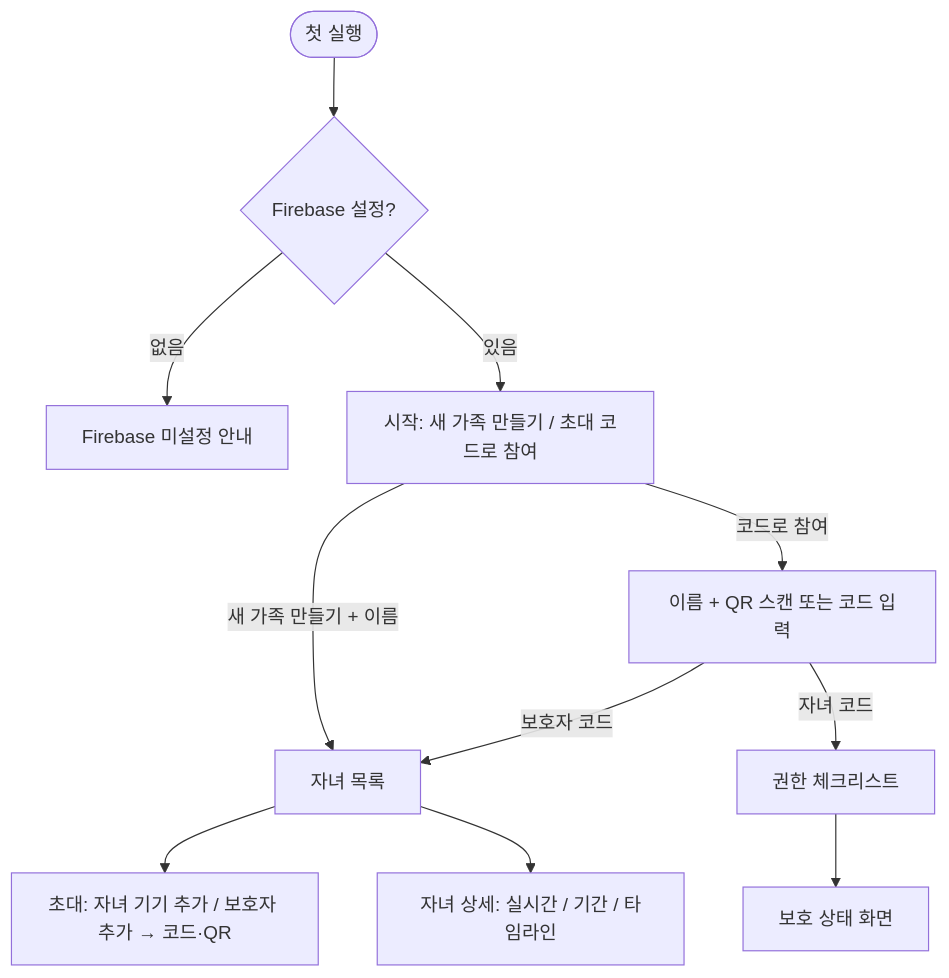
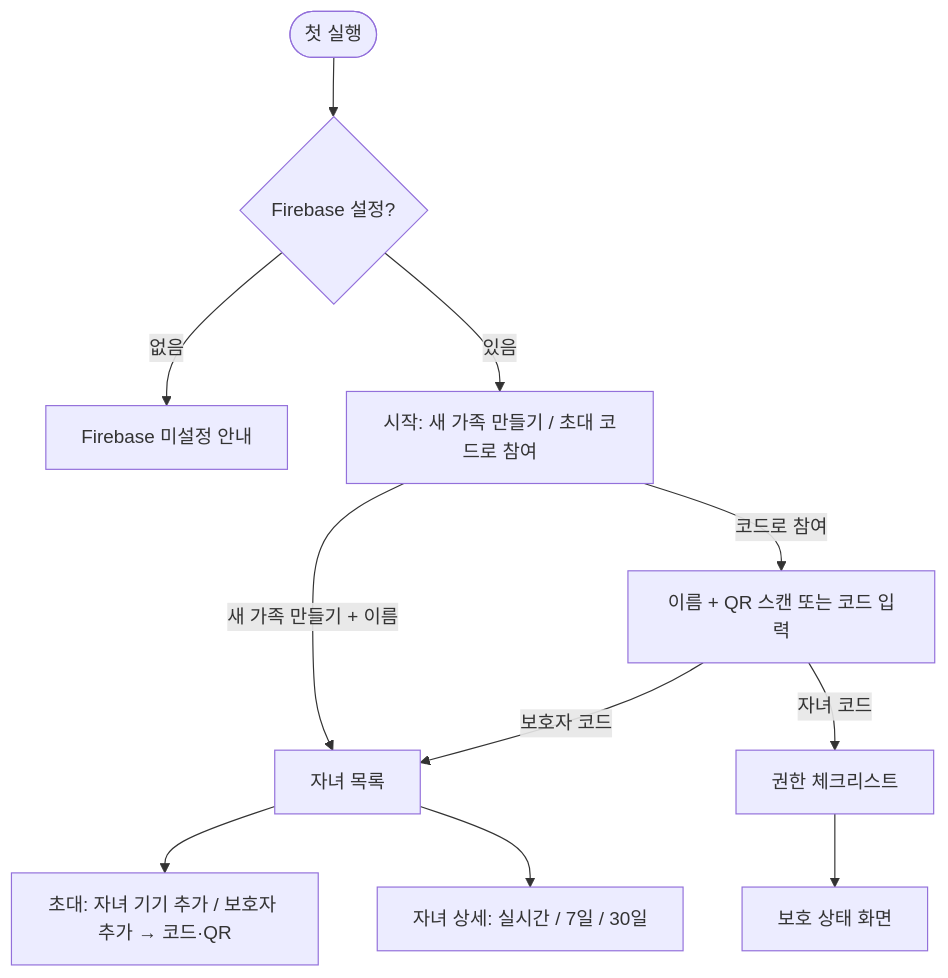
Before and after one commit to hwanyu365/argos: the first of 2 diagrams in docs/specification.md, drawn with Mermaid. The commit also changed other lines of this file and 8 other files, not shown here.

````diff
--- a/docs/specification.md
+++ b/docs/specification.md
@@ -207,12 +210,12 @@
 ```mermaid
 flowchart TD
   Start([첫 실행]) --> Cfg{Firebase 설정?}
   Cfg -- 없음 --> NoCfg[Firebase 미설정 안내]
   Cfg -- 있음 --> W[시작: 새 가족 만들기 / 초대 코드로 참여]
   W -- 새 가족 만들기 + 이름 --> PHome
   W -- 코드로 참여 --> Join[이름 + QR 스캔 또는 코드 입력]
   Join -- 보호자 코드 --> PHome
   Join -- 자녀 코드 --> Perm[권한 체크리스트] --> CHome[보호 상태 화면]
   PHome[자녀 목록] --> Invite[초대: 자녀 기기 추가 / 보호자 추가 → 코드·QR]
-  PHome --> Detail[자녀 상세: 실시간 / 기간 / 타임라인]
+  PHome --> Detail[자녀 상세: 실시간 / 7일 / 30일]
 ```
````
